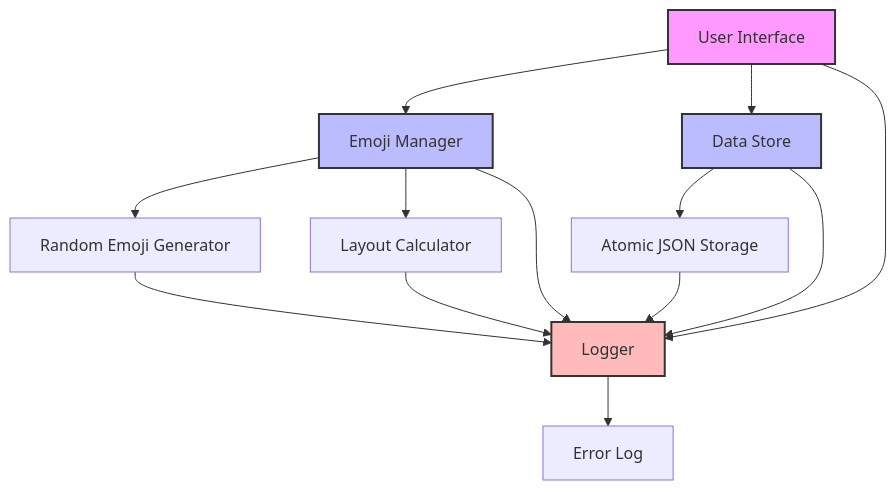
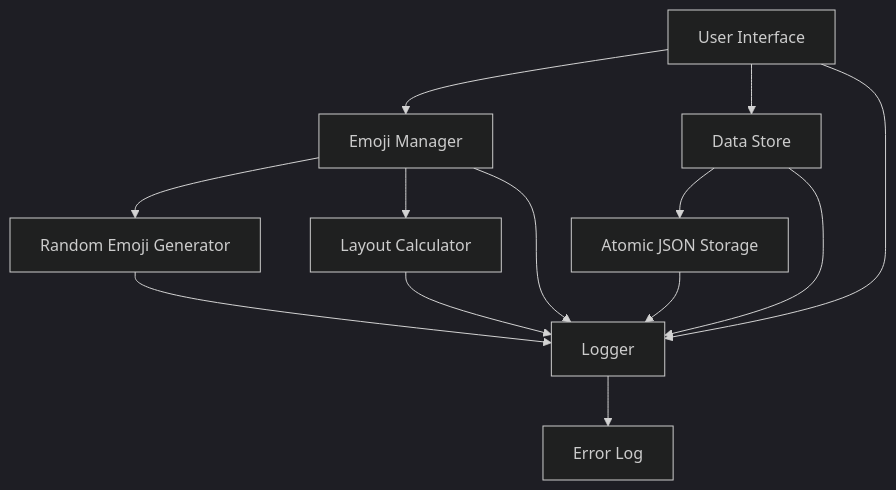
The first of 4 diagrams in readme.md (pleabargain/emoji-story-builder), drawn with Mermaid before and after one commit. The commit also changed other lines of this file, not shown here.

Commit message:
fixed the bad color schema on the mermaid files

````diff
--- a/readme.md
+++ b/readme.md
@@ -10,15 +10,11 @@
 ```mermaid
+%%{init: {'theme': 'dark'}}%%
 graph TD
     A[User Interface] --> B[Emoji Manager]
     A --> C[Data Store]
     B --> D[Random Emoji Generator]
     B --> E[Layout Calculator]
     C --> F[Atomic JSON Storage]
     G[Logger] --> H[Error Log]
     A & B & C & D & E & F --> G
-    
-    style A fill:#f9f,stroke:#333,stroke-width:2px
-    style B fill:#bbf,stroke:#333,stroke-width:2px
-    style C fill:#bbf,stroke:#333,stroke-width:2px
-    style G fill:#fbb,stroke:#333,stroke-width:2px
 ```
````
